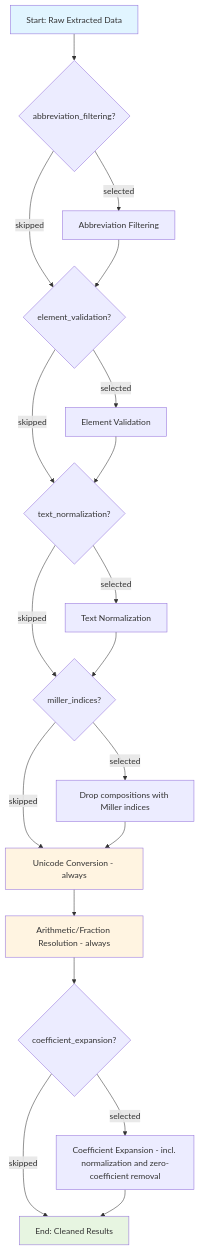
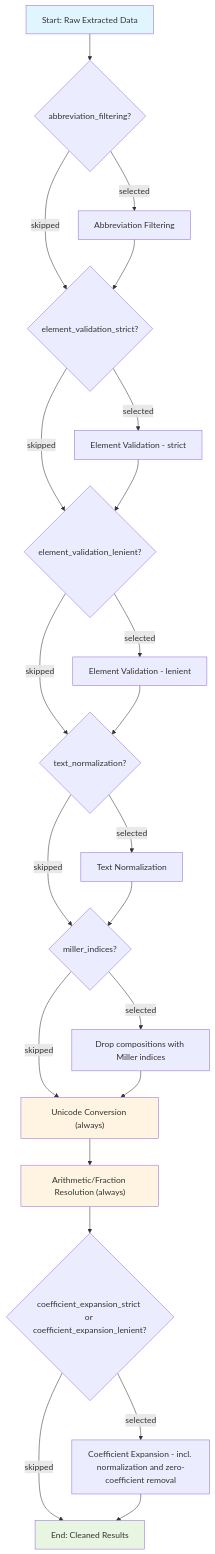
One commit to slimeslab/ComProScanner changed the diagram in docs/usage/data-cleaning.md. Above: the diagram before and after it, drawn with Mermaid. The commit also changed other lines of this file and 8 other files, not shown here.

Commit message:
fix: rename failed-articles default path and eliminate coefficient-expansion corruption on non-formula text via a shared formula-boundary check

````diff
--- a/docs/usage/data-cleaning.md
+++ b/docs/usage/data-cleaning.md
@@ -73,26 +75,29 @@
 ```mermaid
 graph TD
     A[Start: Raw Extracted Data] --> B{abbreviation_filtering?}
     B -->|selected| B1[Abbreviation Filtering]
     B -->|skipped| C
-    B1 --> C{element_validation?}
-    C -->|selected| C1[Element Validation]
-    C -->|skipped| D
-    C1 --> D{text_normalization?}
+    B1 --> C{element_validation_strict?}
+    C -->|selected| C1[Element Validation - strict]
+    C -->|skipped| C2
+    C1 --> C2{element_validation_lenient?}
+    C2 -->|selected| C3[Element Validation - lenient]
+    C2 -->|skipped| D
+    C3 --> D{text_normalization?}
     D -->|selected| D1[Text Normalization]
     D -->|skipped| M
     D1 --> M{miller_indices?}
     M -->|selected| M1[Drop compositions with Miller indices]
     M -->|skipped| F
-    M1 --> F[Unicode Conversion - always]
-    F --> G[Arithmetic/Fraction Resolution - always]
-    G --> I{coefficient_expansion?}
+    M1 --> F["Unicode Conversion (always)"]
+    F --> G["Arithmetic/Fraction Resolution (always)"]
+    G --> I{coefficient_expansion_strict or coefficient_expansion_lenient?}
     I -->|selected| I1[Coefficient Expansion - incl. normalization and zero-coefficient removal]
     I -->|skipped| J
     I1 --> J[End: Cleaned Results]
 
     style A fill:#e1f5ff
     style J fill:#e7f5e1
     style F fill:#fff4e1
     style G fill:#fff4e1
 ```
````
